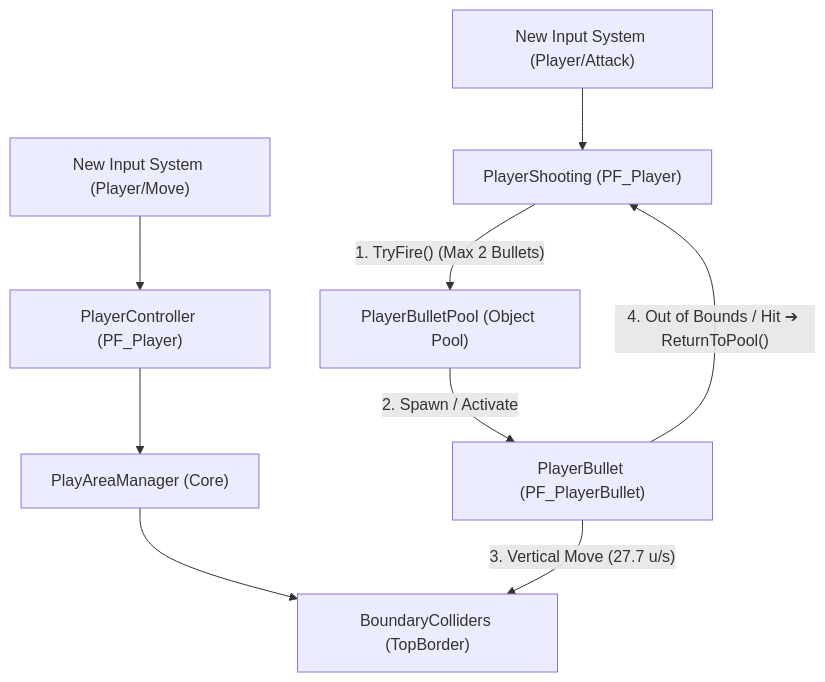
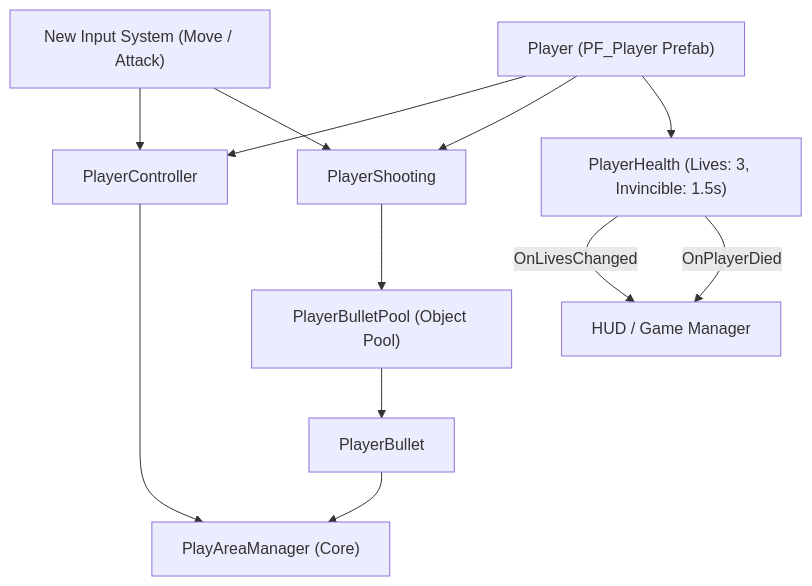
Before and after one commit to baewhv/Test_MCPv2: the diagram in docs/ARCHITECTURE.md, drawn with Mermaid. The commit also changed other lines of this file and 5 other files, not shown here.

Commit message:
[feat] : 플레이어 잔기(Lives) 및 리스폰/무적 시스템 PlayerHealth 구현 #Task1-4

````diff
--- a/docs/ARCHITECTURE.md
+++ b/docs/ARCHITECTURE.md
@@ -51,21 +57,26 @@
 ```mermaid
 graph TD
-    InputMove["New Input System (Player/Move)"]
-    InputAttack["New Input System (Player/Attack)"]
-    Player["PlayerController (PF_Player)"]
-    Shooting["PlayerShooting (PF_Player)"]
+    InputSystem["New Input System (Move / Attack)"]
+    Player["Player (PF_Player Prefab)"]
+    PlayerCtrl["PlayerController"]
+    PlayerShoot["PlayerShooting"]
+    PlayerHealth["PlayerHealth (Lives: 3, Invincible: 1.5s)"]
     BulletPool["PlayerBulletPool (Object Pool)"]
-    Bullet["PlayerBullet (PF_PlayerBullet)"]
-    PlayAreaManager["PlayAreaManager (Core)"]
-    Boundaries["BoundaryColliders (TopBorder)"]
+    Bullet["PlayerBullet"]
+    PlayArea["PlayAreaManager (Core)"]
+    HUD["HUD / Game Manager"]
 
-    InputMove --> Player
-    Player --> PlayAreaManager
-    PlayAreaManager --> Boundaries
+    InputSystem --> PlayerCtrl
+    InputSystem --> PlayerShoot
+    Player --> PlayerCtrl
+    Player --> PlayerShoot
+    Player --> PlayerHealth
 
-    InputAttack --> Shooting
-    Shooting -->|"1. TryFire() (Max 2 Bullets)"| BulletPool
-    BulletPool -->|"2. Spawn / Activate"| Bullet
-    Bullet -->|"3. Vertical Move (27.7 u/s)"| Boundaries
-    Bullet -->|"4. Out of Bounds / Hit ➔ ReturnToPool()"| Shooting
+    PlayerCtrl --> PlayArea
+    PlayerShoot --> BulletPool
+    BulletPool --> Bullet
+    Bullet --> PlayArea
+
+    PlayerHealth -->|OnLivesChanged| HUD
+    PlayerHealth -->|OnPlayerDied| HUD
 ```
````
